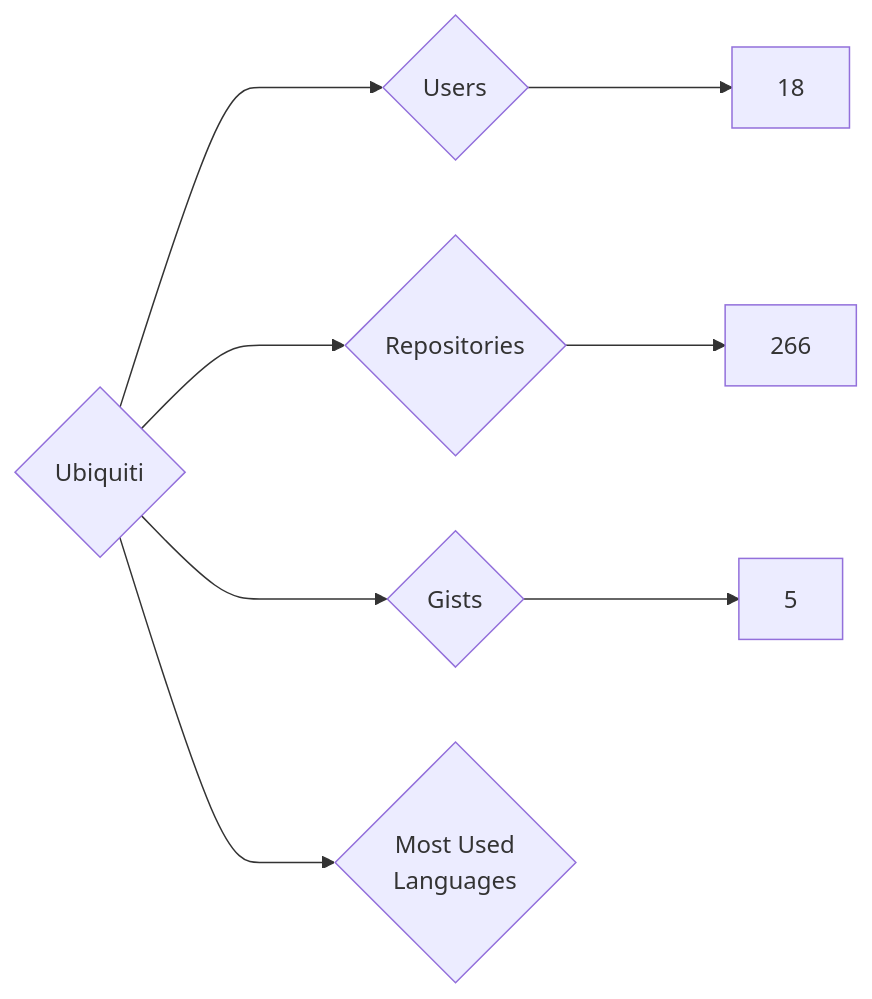
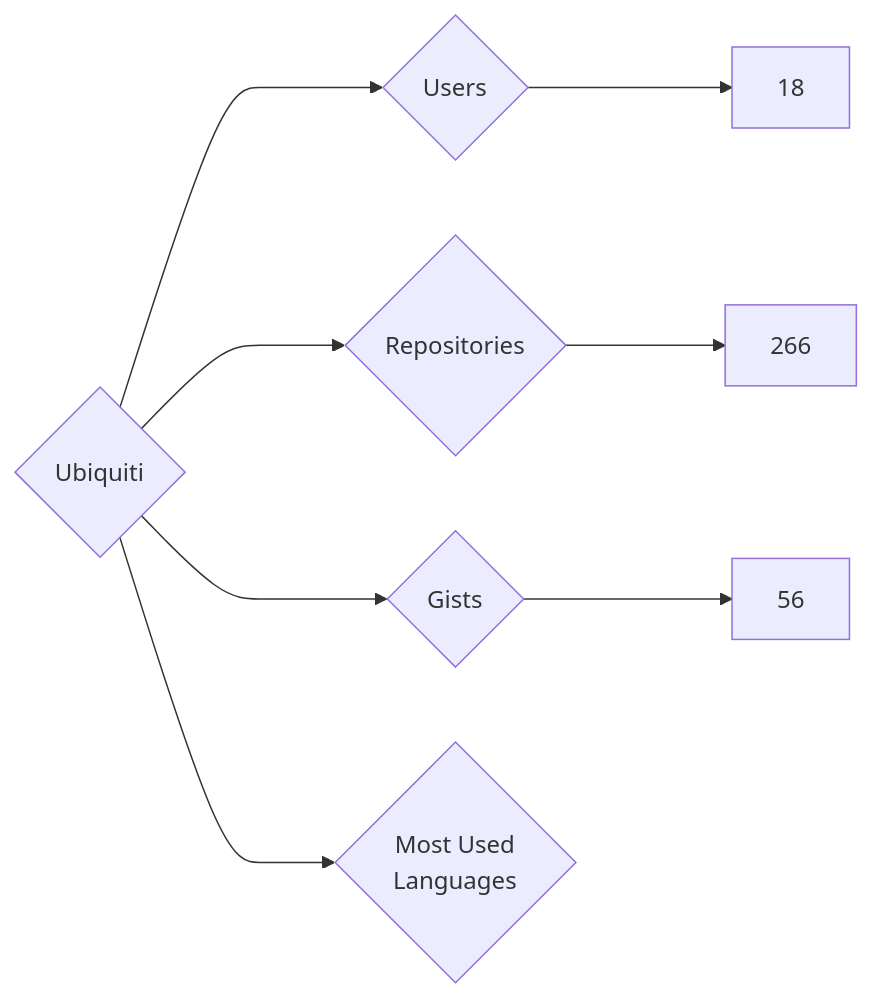
The diagram in targets/Ubiquiti/README.md (nenadzaric/insiders), drawn with Mermaid before and after one commit. The commit also changed 1342 other files, not shown here.

````diff
--- a/targets/Ubiquiti/README.md
+++ b/targets/Ubiquiti/README.md
@@ -3,8 +3,8 @@
 ```mermaid
 graph LR
 COMPANY_NAME{Ubiquiti}
 COMPANY_NAME ---> U{Users} ---> UN[18]
 COMPANY_NAME ---> R{Repositories} ---> RN[266]
-COMPANY_NAME ---> G{Gists} ---> GN[5]
+COMPANY_NAME ---> G{Gists} ---> GN[56]
 COMPANY_NAME ---> ML{Most Used<br>Languages}
 ```
````
